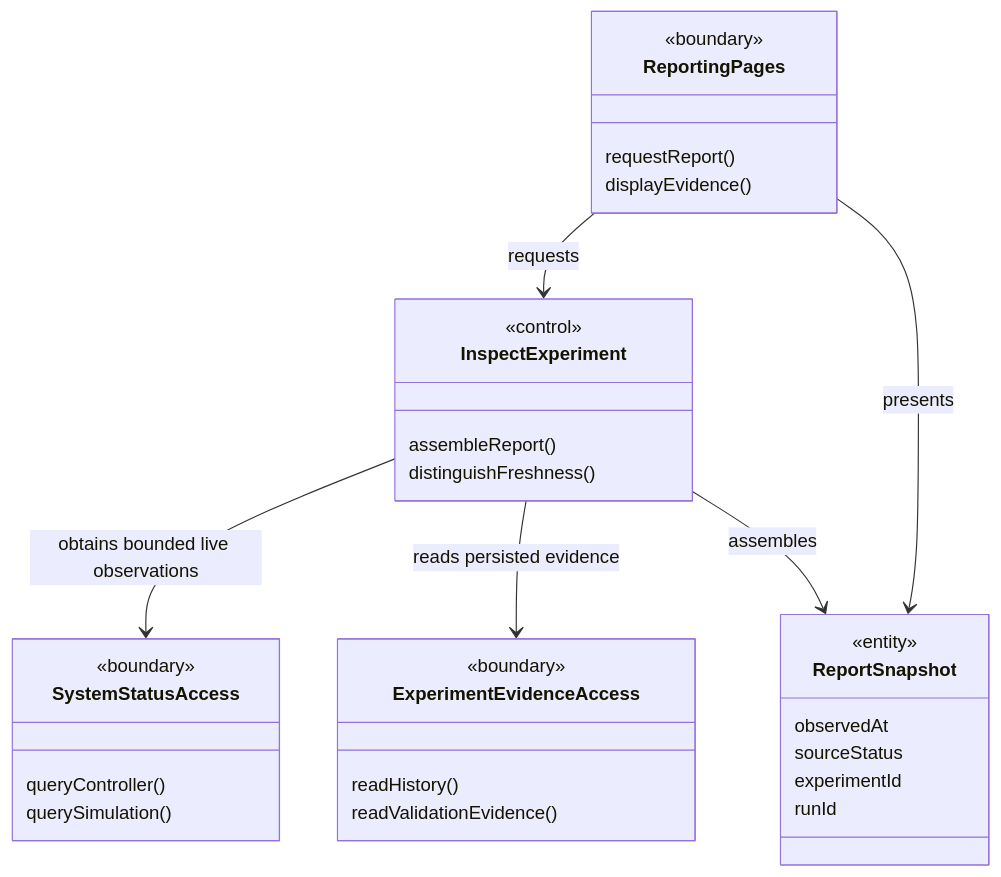
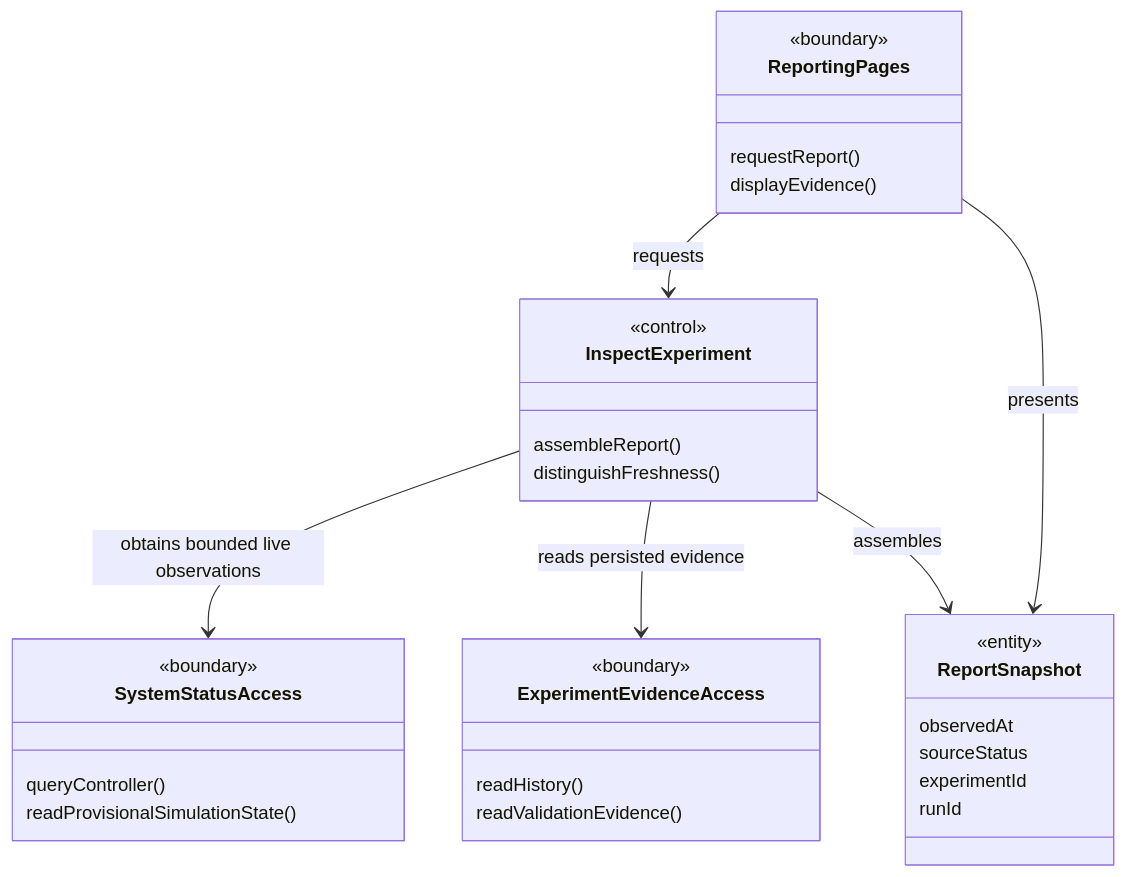
Before and after one commit to NadimGhaznavi/nd3g: the seventh of 8 diagrams in docs/architecture/02-analysis-model.md, drawn with Mermaid. The commit also changed other lines of this file and 9 other files, not shown here.

````diff
--- a/docs/architecture/02-analysis-model.md
+++ b/docs/architecture/02-analysis-model.md
@@ -274,35 +341,35 @@
 ```mermaid
 classDiagram
     class ReportingPages {
         <<boundary>>
         requestReport()
         displayEvidence()
     }
     class InspectExperiment {
         <<control>>
         assembleReport()
         distinguishFreshness()
     }
     class SystemStatusAccess {
         <<boundary>>
         queryController()
-        querySimulation()
+        readProvisionalSimulationState()
     }
     class ExperimentEvidenceAccess {
         <<boundary>>
         readHistory()
         readValidationEvidence()
     }
     class ReportSnapshot {
         <<entity>>
         observedAt
         sourceStatus
         experimentId
         runId
     }
     ReportingPages --> InspectExperiment : requests
     InspectExperiment --> SystemStatusAccess : obtains bounded live observations
     InspectExperiment --> ExperimentEvidenceAccess : reads persisted evidence
     InspectExperiment --> ReportSnapshot : assembles
     ReportingPages --> ReportSnapshot : presents
 ```
````
